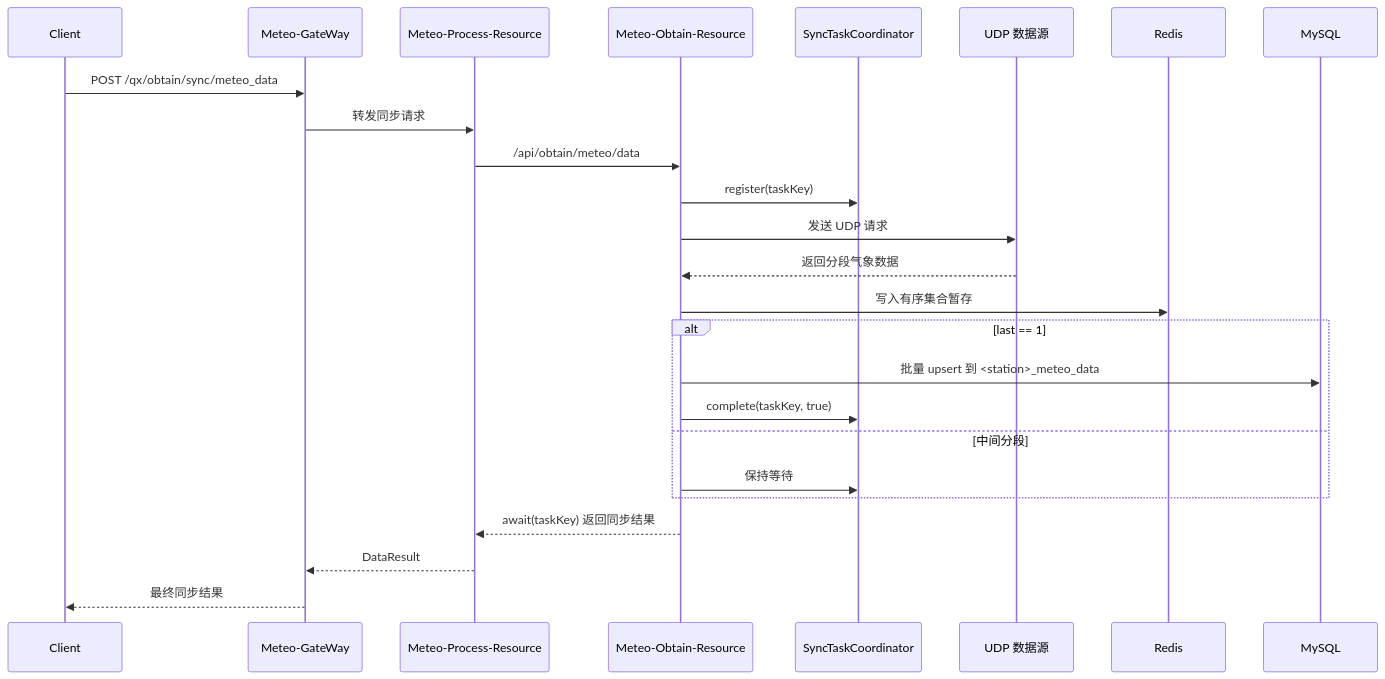
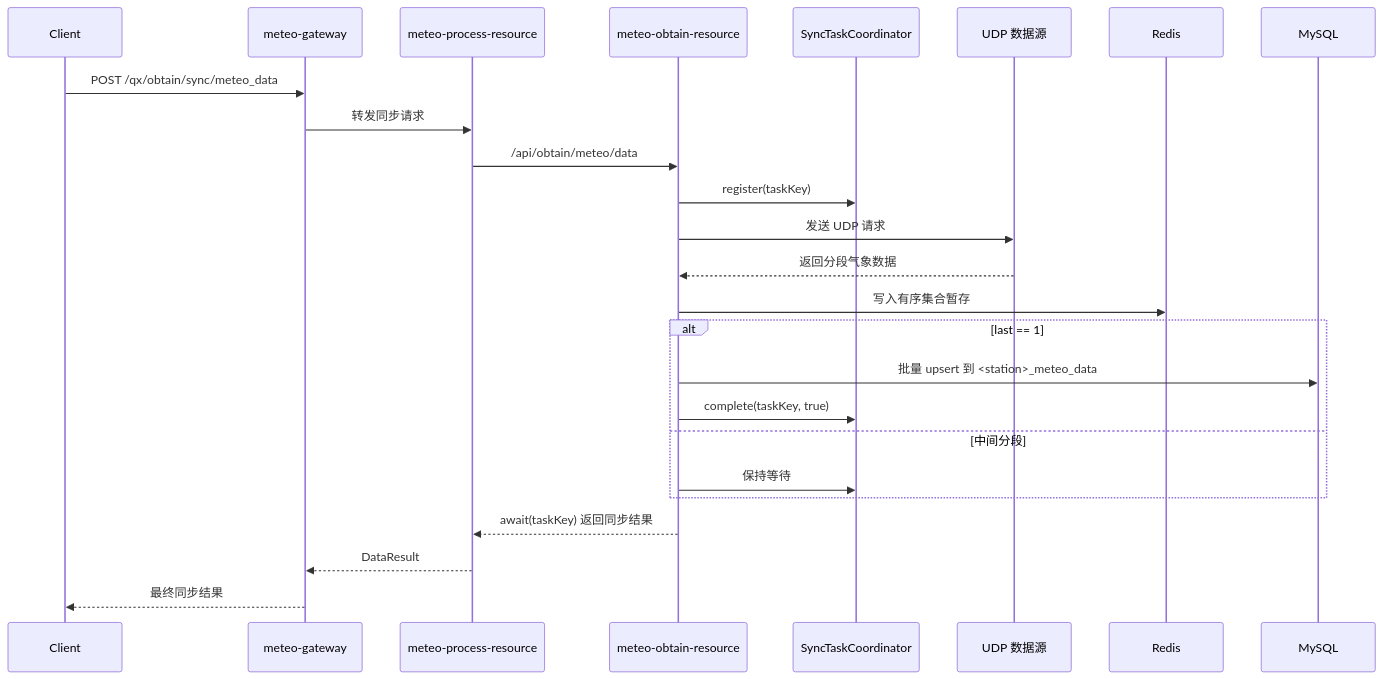
Before and after one commit to organwalk/meteo-data-process-server: the third of 3 diagrams in doc/系统设计文档.md, drawn with Mermaid. The commit also changed other lines of this file and 90 other files, not shown here.

````diff
--- a/doc/系统设计文档.md
+++ b/doc/系统设计文档.md
@@ -115,28 +115,28 @@
 ```mermaid
 sequenceDiagram
     participant C as Client
-    participant G as Meteo-GateWay
-    participant P as Meteo-Process-Resource
-    participant O as Meteo-Obtain-Resource
+    participant G as meteo-gateway
+    participant P as meteo-process-resource
+    participant O as meteo-obtain-resource
     participant S as SyncTaskCoordinator
     participant U as UDP 数据源
     participant R as Redis
     participant DB as MySQL
 
     C->>G: POST /qx/obtain/sync/meteo_data
     G->>P: 转发同步请求
     P->>O: /api/obtain/meteo/data
     O->>S: register(taskKey)
     O->>U: 发送 UDP 请求
     U-->>O: 返回分段气象数据
     O->>R: 写入有序集合暂存
     alt last == 1
         O->>DB: 批量 upsert 到 <station>_meteo_data
         O->>S: complete(taskKey, true)
     else 中间分段
         O->>S: 保持等待
     end
     O-->>P: await(taskKey) 返回同步结果
     P-->>G: DataResult
     G-->>C: 最终同步结果
 ```
````
